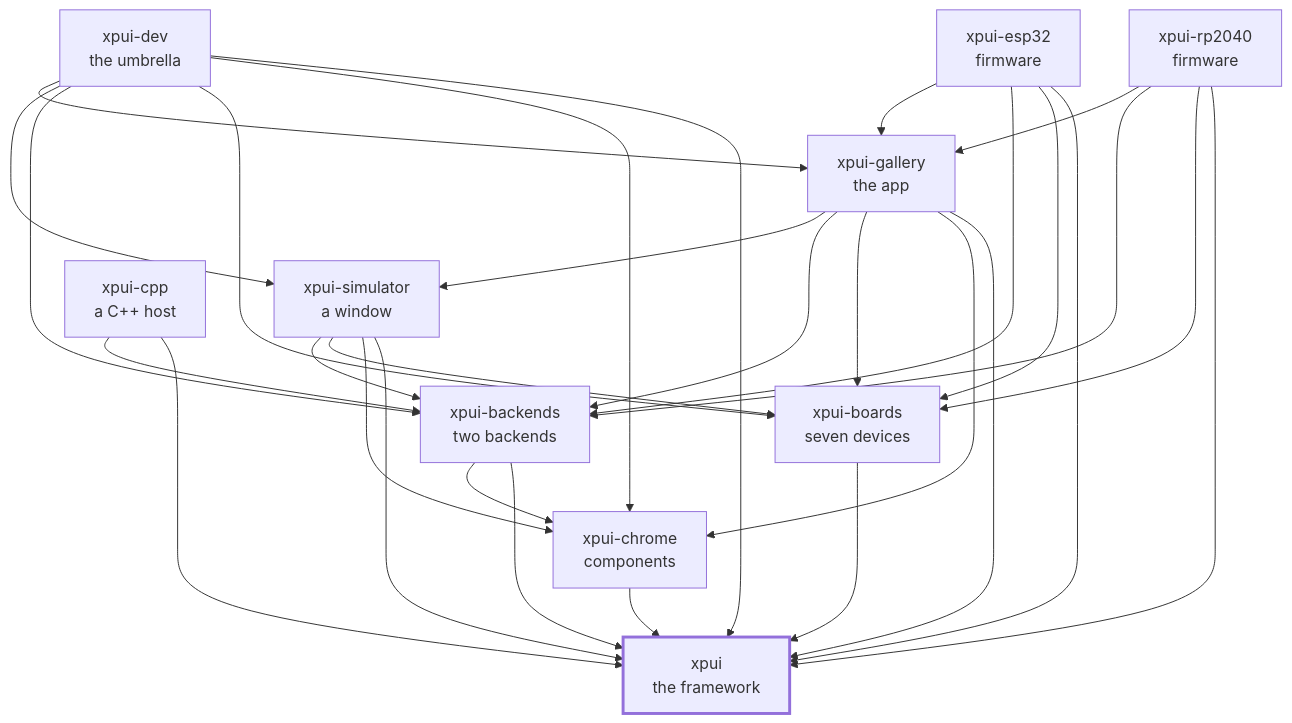
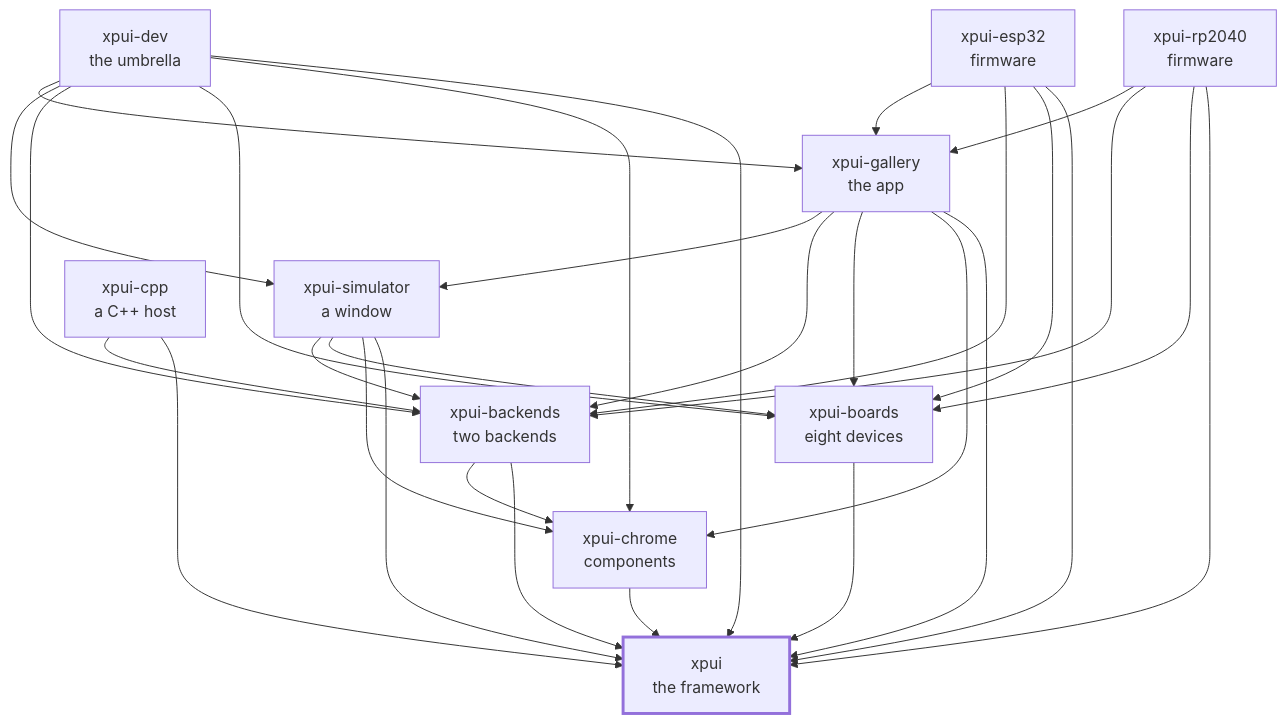
The diagram in README.md (XPUI-Framework/xpui-framework), drawn with Mermaid before and after one commit. The commit also changed other lines of this file and 7 other files, not shown here.

````diff
--- a/README.md
+++ b/README.md
@@ -134,43 +134,43 @@
 ```mermaid
 flowchart TD
   xpui["xpui<br/>the framework"]
   chrome["xpui-chrome<br/>components"]
-  boards["xpui-boards<br/>seven devices"]
+  boards["xpui-boards<br/>eight devices"]
   backends["xpui-backends<br/>two backends"]
   simulator["xpui-simulator<br/>a window"]
   gallery["xpui-gallery<br/>the app"]
   rp2040["xpui-rp2040<br/>firmware"]
   esp32["xpui-esp32<br/>firmware"]
   cpp["xpui-cpp<br/>a C++ host"]
   dev["xpui-dev<br/>the umbrella"]
   chrome --> xpui
   boards --> xpui
   backends --> xpui
   backends --> chrome
   simulator --> xpui
   simulator --> chrome
   simulator --> boards
   simulator --> backends
   gallery --> xpui
   gallery --> chrome
   gallery --> boards
   gallery --> backends
   gallery --> simulator
   rp2040 --> xpui
   rp2040 --> boards
   rp2040 --> backends
   rp2040 --> gallery
   esp32 --> xpui
   esp32 --> boards
   esp32 --> backends
   esp32 --> gallery
   cpp --> xpui
   cpp --> backends
   dev --> xpui
   dev --> chrome
   dev --> boards
   dev --> backends
   dev --> simulator
   dev --> gallery
   style xpui stroke-width:3px
 ```
````
